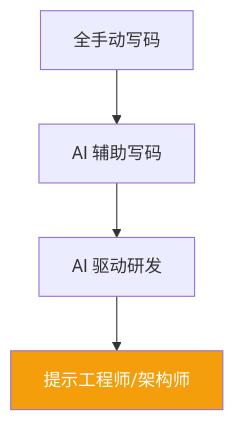
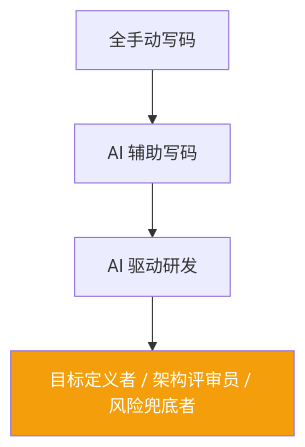
The diagram in sections/06-future.md (boycecong-hue/OCTOPUS-GAME-AI-SHARE), drawn with Mermaid before and after one commit. The commit also changed other lines of this file and 6 other files, not shown here.

````diff
--- a/sections/06-future.md
+++ b/sections/06-future.md
@@ -7,7 +7,7 @@
 ```mermaid
 graph TD
     A[全手动写码] --> B[AI 辅助写码]
     B --> C[AI 驱动研发]
-    C --> D[提示工程师/架构师]
+    C --> D[目标定义者 / 架构评审员 / 风险兜底者]
     style D fill:#f59e0b,color:#fff
 ```
````
